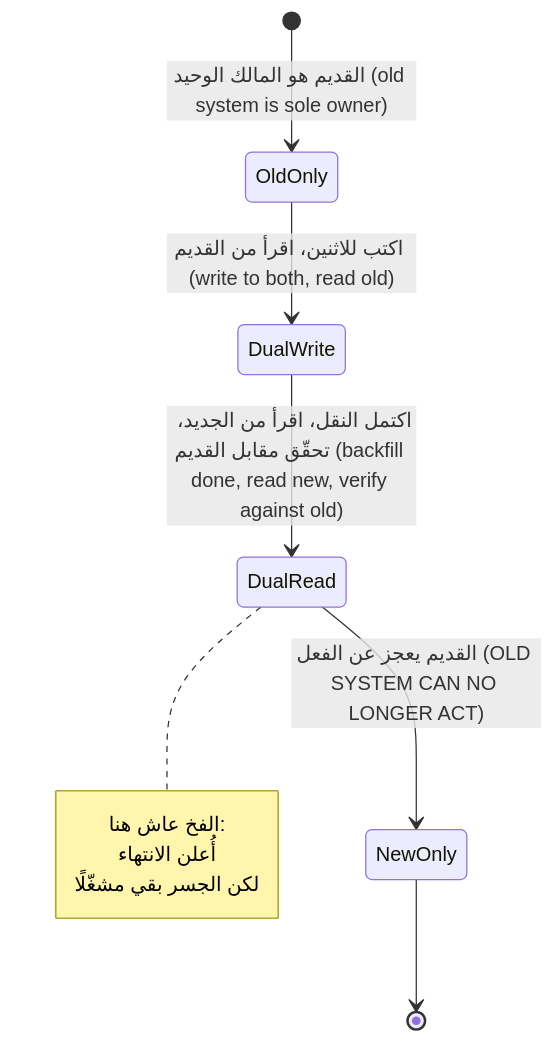
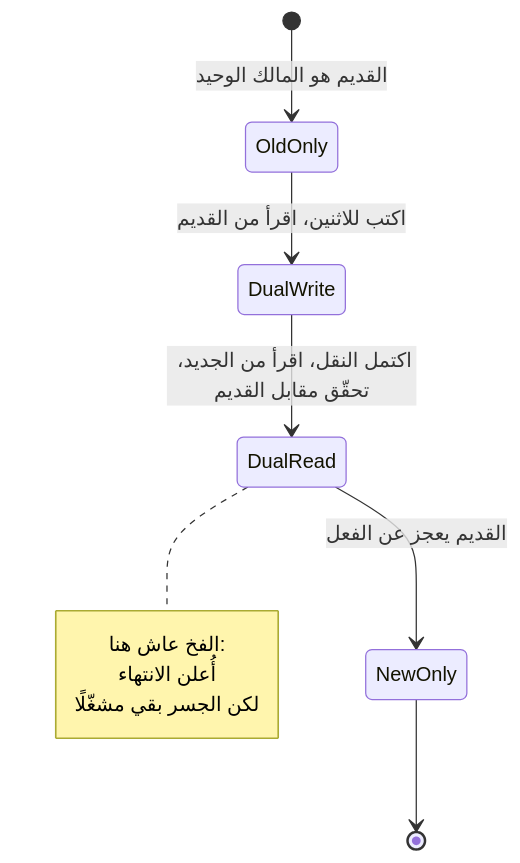
The third of 10 diagrams in modules/02-data-storage-backups/module.ar.md (Tamoura/system-design-for-vibe-coders), drawn with Mermaid before and after one commit. The commit also changed other lines of this file and 551 other files, not shown here.

````diff
--- a/modules/02-data-storage-backups/module.ar.md
+++ b/modules/02-data-storage-backups/module.ar.md
@@ -215,13 +215,13 @@
 ```mermaid
 stateDiagram-v2
-    [*] --> OldOnly: القديم هو المالك الوحيد (old system is sole owner)
-    OldOnly --> DualWrite: اكتب للاثنين، اقرأ من القديم (write to both, read old)
-    DualWrite --> DualRead: اكتمل النقل، اقرأ من الجديد، تحقّق مقابل القديم (backfill done, read new, verify against old)
-    DualRead --> NewOnly: القديم يعجز عن الفعل (OLD SYSTEM CAN NO LONGER ACT)
+    [*] --> OldOnly: القديم هو المالك الوحيد
+    OldOnly --> DualWrite: اكتب للاثنين، اقرأ من القديم
+    DualWrite --> DualRead: اكتمل النقل، اقرأ من الجديد، تحقّق مقابل القديم
+    DualRead --> NewOnly: القديم يعجز عن الفعل
     NewOnly --> [*]
     note right of DualRead
         الفخ عاش هنا:
         أُعلن الانتهاء
         لكن الجسر بقي مشغّلًا
     end note
 ```
````
